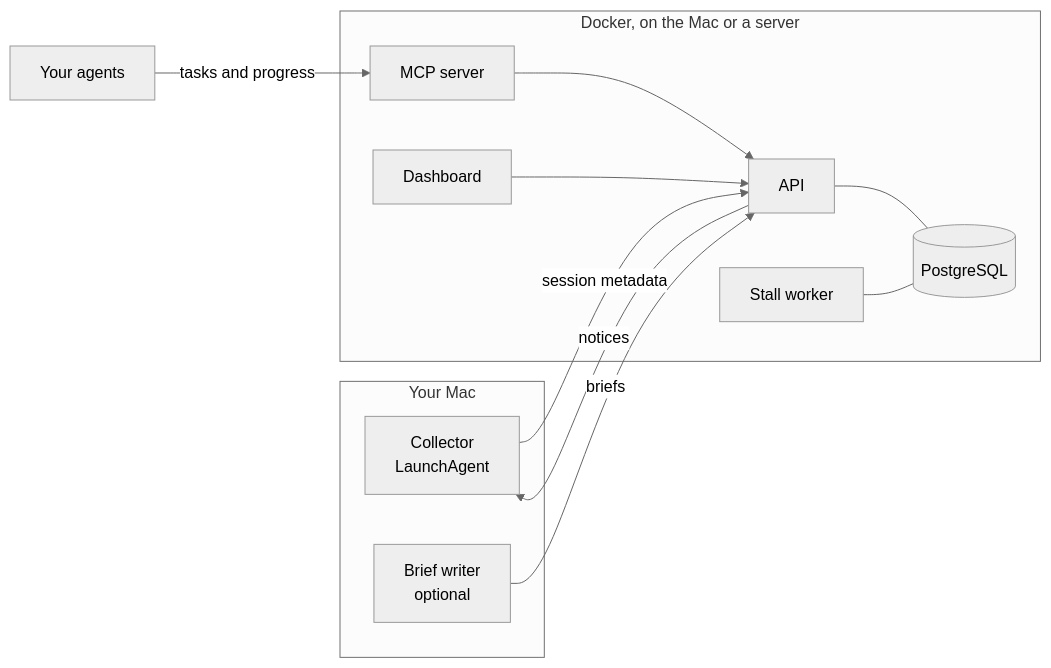
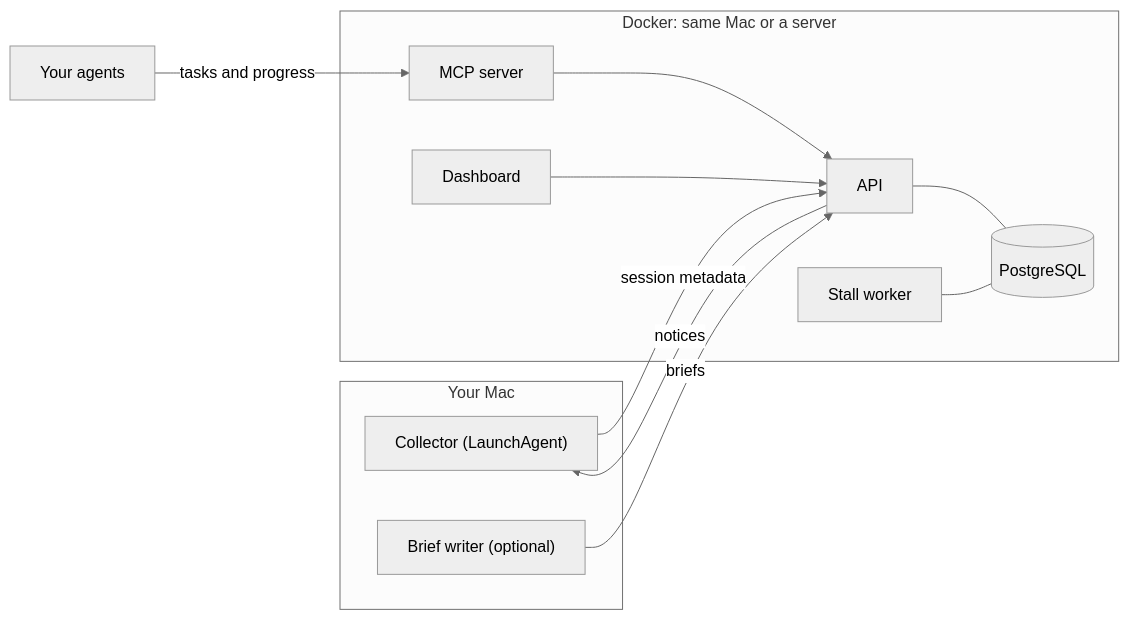
One commit to dpreil-ydlp/t3-lighthouse changed the diagram in README.md. Above: the diagram before and after it, drawn with Mermaid (neutral theme). The commit also changed other lines of this file, not shown here.

Commit message:
README: put the install command above the screenshot, fix the diagram
GitHub could not render the mermaid diagram because of an unquoted comma in a label.

````diff
--- a/README.md
+++ b/README.md
@@ -44,17 +44,17 @@
 ```mermaid
 flowchart LR
-  subgraph mac[Your Mac]
-    C[Collector<br/>LaunchAgent]
-    B[Brief writer<br/>optional]
+  subgraph mac["Your Mac"]
+    C["Collector (LaunchAgent)"]
+    B["Brief writer (optional)"]
   end
-  subgraph server[Docker, on the Mac or a server]
-    API[API] --- DB[(PostgreSQL)]
-    W[Stall worker] --- DB
-    MCP[MCP server] --> API
-    D[Dashboard] --> API
+  subgraph server["Docker: same Mac or a server"]
+    API["API"] --- DB[("PostgreSQL")]
+    W["Stall worker"] --- DB
+    MCP["MCP server"] --> API
+    D["Dashboard"] --> API
   end
-  C -- session metadata --> API
-  B -- briefs --> API
-  A[Your agents] -- tasks and progress --> MCP
-  API -- notices --> C
+  C -- "session metadata" --> API
+  B -- "briefs" --> API
+  A["Your agents"] -- "tasks and progress" --> MCP
+  API -- "notices" --> C
 ```
````
